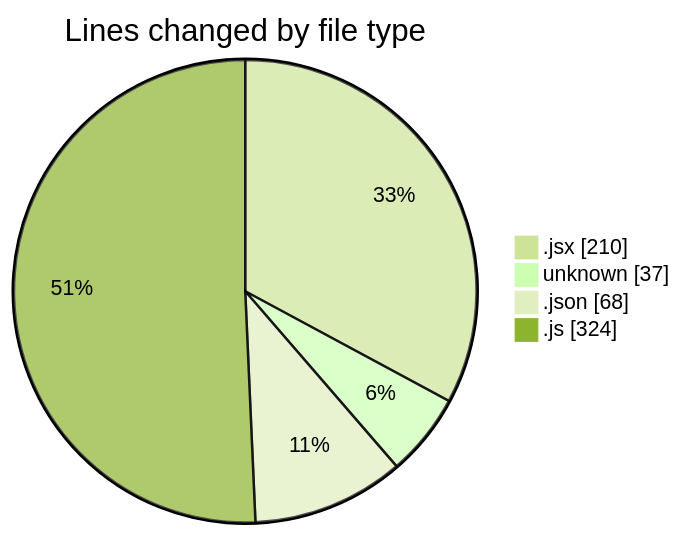
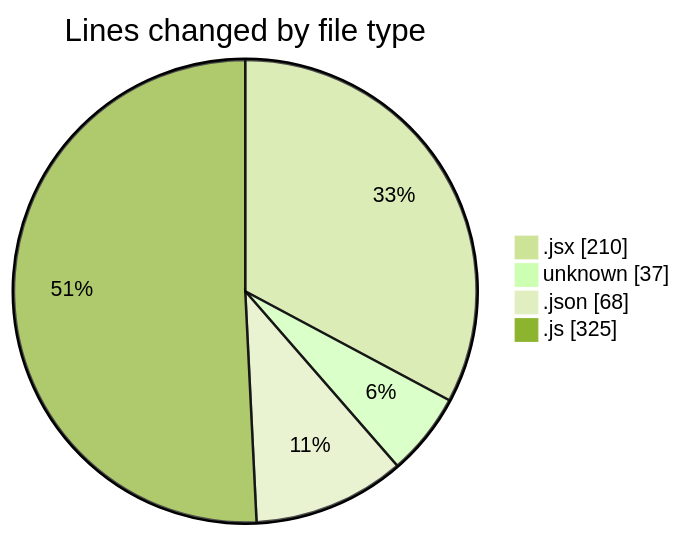
One commit to Elitesun/code-tracking changed the first of 2 diagrams in 2025-02-08/react_ecom/README.md. Above: the diagram before and after it, drawn with Mermaid (forest theme). The commit also changed other lines of this file and 1 other file, not shown here.

````diff
--- a/2025-02-08/react_ecom/README.md
+++ b/2025-02-08/react_ecom/README.md
@@ -24,8 +24,8 @@
 ```mermaid
 pie showData
 title Lines changed by file type
 ".jsx" : 210
 "unknown" : 37
 ".json" : 68
-".js" : 324
+".js" : 325
 ```
````
